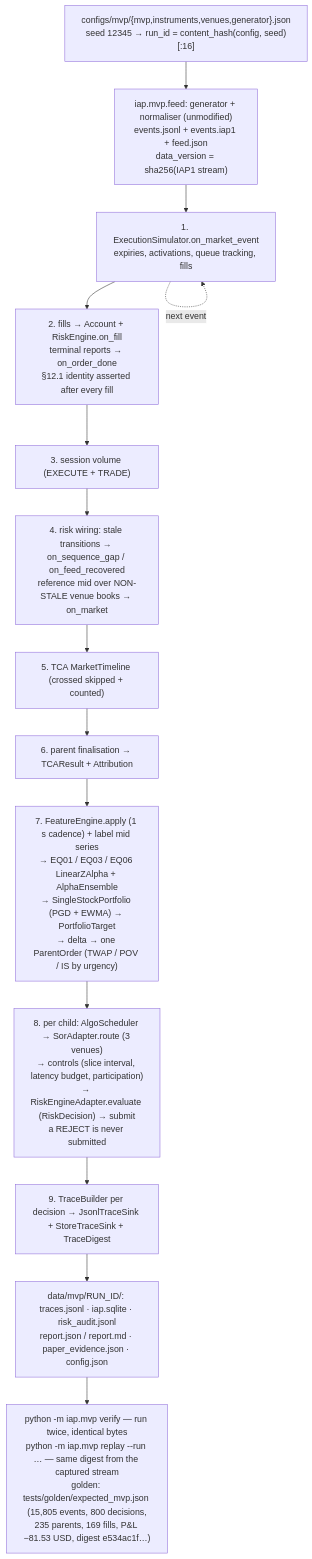
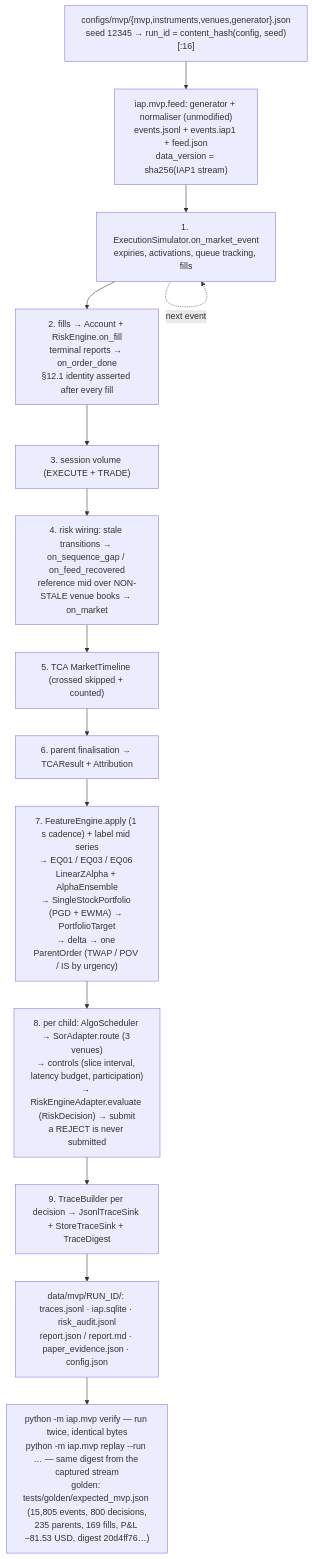
Before and after one commit to AshJha0/intraday-alpha-platform: the diagram in docs/diagrams/mvp_loop.mmd, drawn with Mermaid. The commit also changed 33 other files, not shown here.

```diff
--- a/docs/diagrams/mvp_loop.mmd
+++ b/docs/diagrams/mvp_loop.mmd
@@ -1,15 +1,15 @@
 flowchart TD
     %% python -m iap.mvp run — docs/MVP.md §3; per-event order of MvpEngine.on_event.
     CFG["configs/mvp/{mvp,instruments,venues,generator}.json<br/>seed 12345 → run_id = content_hash(config, seed)[:16]"] --> FEED["iap.mvp.feed: generator + normaliser (unmodified)<br/>events.jsonl + events.iap1 + feed.json<br/>data_version = sha256(IAP1 stream)"]
     FEED --> SIM["1. ExecutionSimulator.on_market_event<br/>expiries, activations, queue tracking, fills"]
     SIM --> ACC["2. fills → Account + RiskEngine.on_fill<br/>terminal reports → on_order_done<br/>§12.1 identity asserted after every fill"]
     ACC --> VOL["3. session volume (EXECUTE + TRADE)"]
     VOL --> MARK["4. risk wiring: stale transitions → on_sequence_gap / on_feed_recovered<br/>reference mid over NON-STALE venue books → on_market"]
     MARK --> TL["5. TCA MarketTimeline (crossed skipped + counted)"]
     TL --> FIN["6. parent finalisation → TCAResult + Attribution"]
     FIN --> FEAT["7. FeatureEngine.apply (1 s cadence) + label mid series<br/>→ EQ01 / EQ03 / EQ06 LinearZAlpha + AlphaEnsemble<br/>→ SingleStockPortfolio (PGD + EWMA) → PortfolioTarget<br/>→ delta → one ParentOrder (TWAP / POV / IS by urgency)"]
     FEAT --> CHILD["8. per child: AlgoScheduler → SorAdapter.route (3 venues)<br/>→ controls (slice interval, latency budget, participation)<br/>→ RiskEngineAdapter.evaluate (RiskDecision) → submit<br/>a REJECT is never submitted"]
     CHILD --> TRACE["9. TraceBuilder per decision → JsonlTraceSink + StoreTraceSink + TraceDigest"]
     TRACE --> OUT["data/mvp/RUN_ID/: traces.jsonl · iap.sqlite · risk_audit.jsonl<br/>report.json / report.md · paper_evidence.json · config.json"]
-    OUT --> VERIFY["python -m iap.mvp verify — run twice, identical bytes<br/>python -m iap.mvp replay --run … — same digest from the captured stream<br/>golden: tests/golden/expected_mvp.json (15,805 events, 800 decisions,<br/>235 parents, 169 fills, P&L −81.53 USD, digest e534ac1f…)"]
+    OUT --> VERIFY["python -m iap.mvp verify — run twice, identical bytes<br/>python -m iap.mvp replay --run … — same digest from the captured stream<br/>golden: tests/golden/expected_mvp.json (15,805 events, 800 decisions,<br/>235 parents, 169 fills, P&L −81.53 USD, digest 20d4ff76…)"]
     SIM -. "next event" .-> SIM
```
